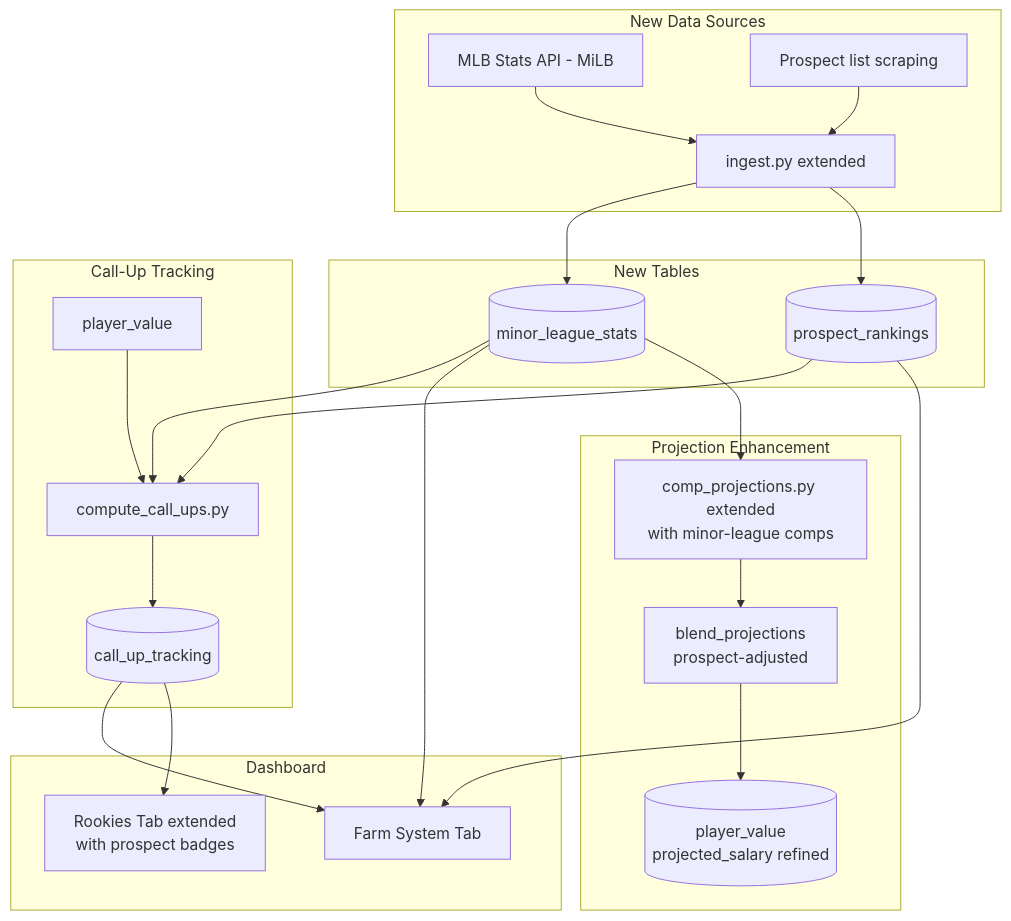
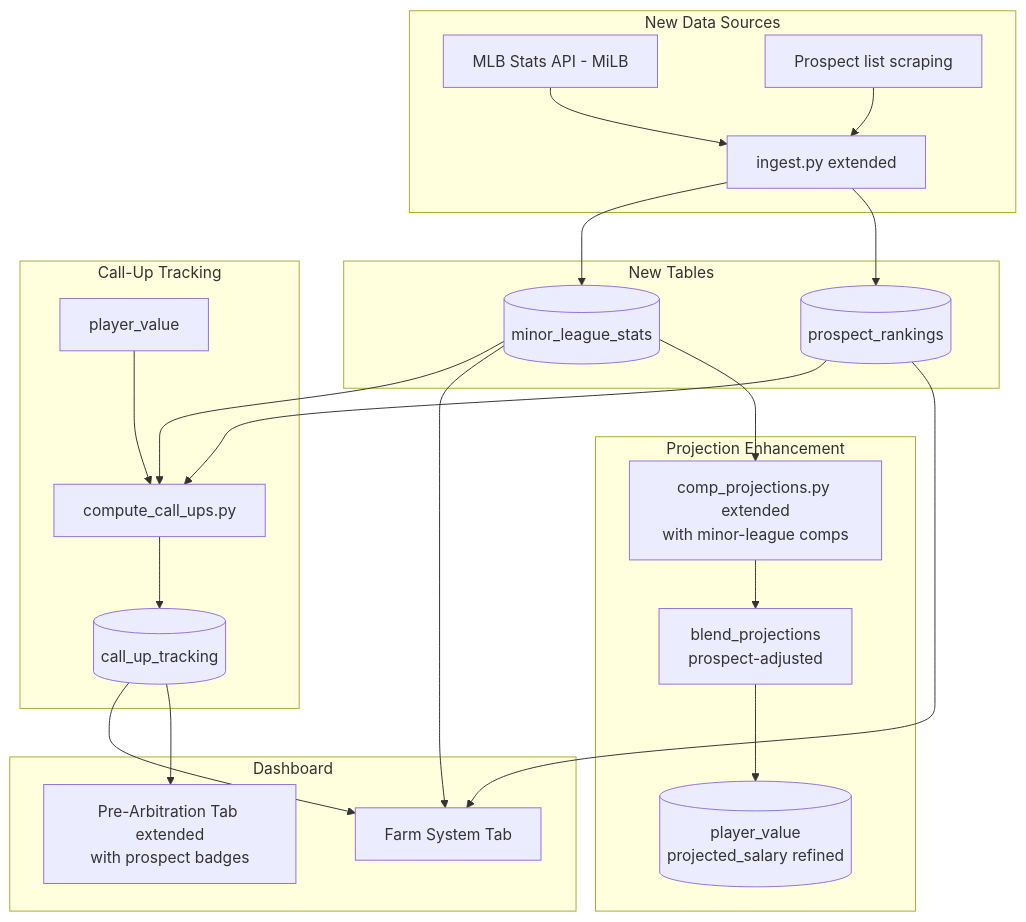
Before and after one commit to dkubek11/mlb-market-value: the fifth of 6 diagrams in docs/PLANNING.md, drawn with Mermaid. The commit also changed other lines of this file and 45 other files, not shown here.

````diff
--- a/docs/PLANNING.md
+++ b/docs/PLANNING.md
@@ -695,32 +695,32 @@
 ```mermaid
 flowchart TD
     subgraph New Data Sources
         MLB[MLB Stats API - MiLB] --> ING[ingest.py extended]
         PROS[Prospect list scraping] --> ING
     end
 
     subgraph New Tables
         ING --> MILB[(minor_league_stats)]
         ING --> PRO[(prospect_rankings)]
     end
 
     subgraph Call-Up Tracking
         MILB --> CUT[compute_call_ups.py]
         PRO --> CUT
         PV[player_value] --> CUT
         CUT --> CUT_T[(call_up_tracking)]
     end
 
     subgraph Dashboard
         CUT_T --> FARM[Farm System Tab]
         PRO --> FARM
         MILB --> FARM
-        CUT_T --> ROK[Rookies Tab extended\nwith prospect badges]
+        CUT_T --> ROK[Pre-Arbitration Tab extended\nwith prospect badges]
     end
 
     subgraph Projection Enhancement
         MILB --> COMP[comp_projections.py extended\nwith minor-league comps]
         COMP --> BLEND[blend_projections\nprospect-adjusted]
         BLEND --> DB[(player_value\nprojected_salary refined)]
     end
 ```
````
